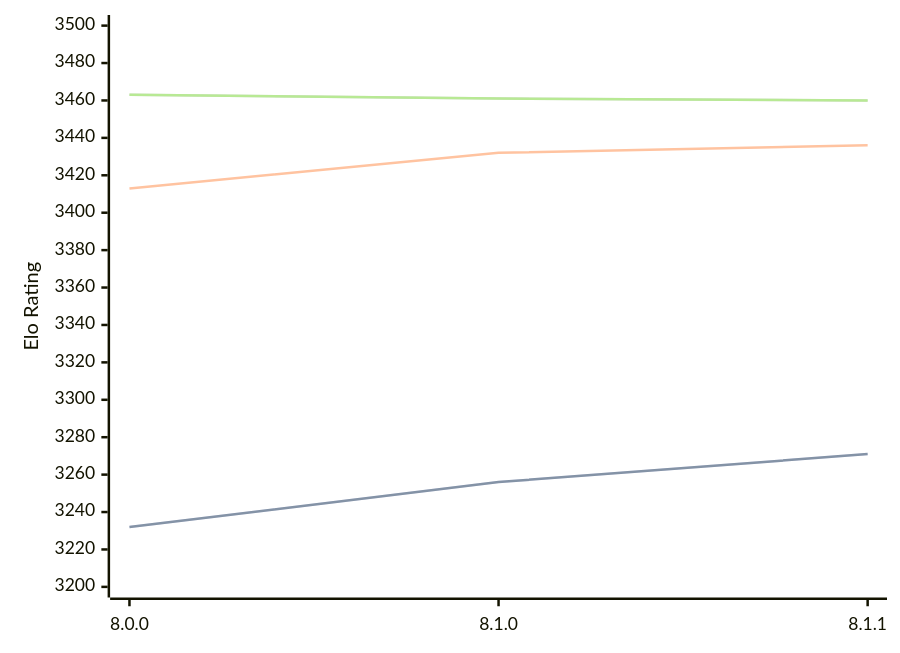
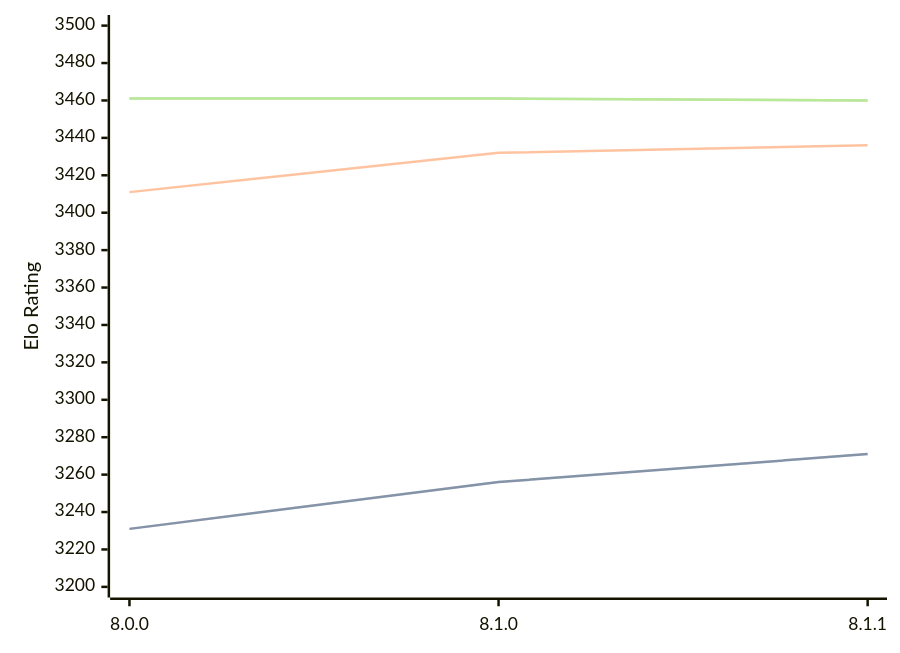
Before and after one commit to computer-chess-index/cci: the diagram in engines/Velvet.md, drawn with Mermaid. The commit also changed other lines of this file, not shown here.

Commit message:
Update CCI Ratings (ELO VLTC) - 2026-08-02

````diff
--- a/engines/Velvet.md
+++ b/engines/Velvet.md
@@ -57,11 +57,11 @@
 ```mermaid
 %%{init: {"theme":"base","themeVariables":{"seriesColors:['#a3a3a3','#222221','#faa371']}}}%%
 xychart-beta
   x-axis ["8.0.0", "8.1.0", "8.1.1"]
   y-axis "Elo Rating" 3200 --> 3500
-  line "STC (8.0+0.08s)" [3232, 3256, 3271]
-  line "STC (8.0+0.08s)" [3232, 3256, 3271]
-  line "LTC (60.0+0.60s)" [3413, 3432, 3436]
-  line "VLTC (2m24s+1.12s)" [3463, 3461, 3460]
-  line "VLTC (2m24s+1.12s)" [3463, 3461, 3460]
+  line "STC (8.0+0.08s)" [3231, 3256, 3271]
+  line "STC (8.0+0.08s)" [3231, 3256, 3271]
+  line "LTC (60.0+0.60s)" [3411, 3432, 3436]
+  line "VLTC (2m24s+1.12s)" [3461, 3461, 3460]
+  line "VLTC (2m24s+1.12s)" [3461, 3461, 3460]
 ```
````
